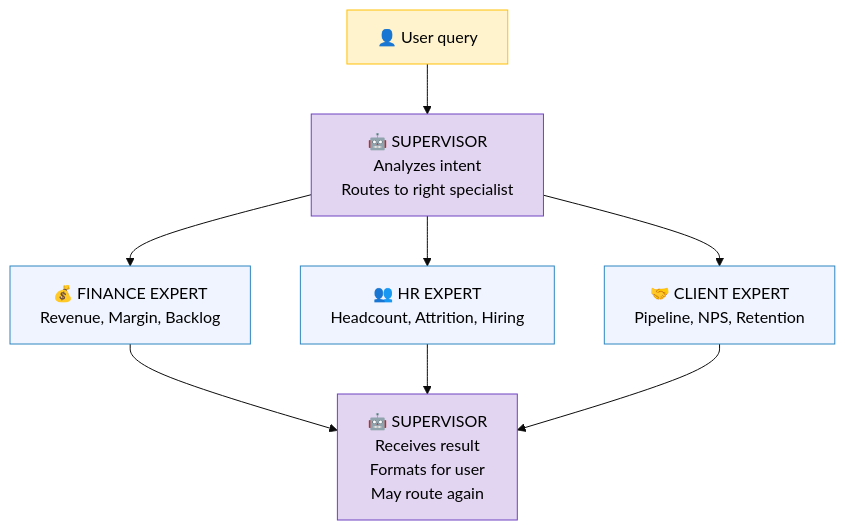
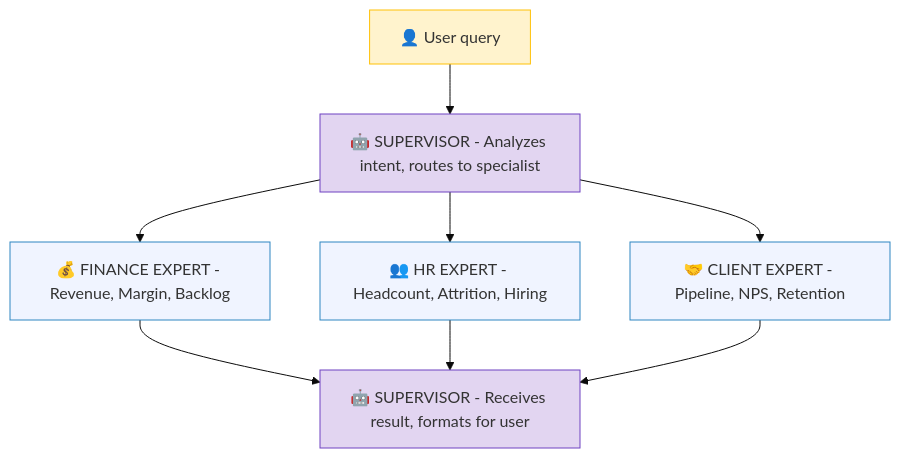
One commit to ithinktavo/GenAI-Engineering-Handbook changed the fourth of 8 diagrams in docs/09-orchestration-patterns.md. Above: the diagram before and after it, drawn with Mermaid (base theme). The commit also changed other lines of this file and 9 other files, not shown here.

First line of the commit message:
Fix Mermaid rendering: remove emoji from subgraph titles and unsupported syntax

````diff
--- a/docs/09-orchestration-patterns.md
+++ b/docs/09-orchestration-patterns.md
@@ -123,21 +123,21 @@
 ```mermaid
 graph TD
     User["👤 User query"] --> Sup1
-    Sup1["🤖 SUPERVISOR\nAnalyzes intent\nRoutes to right specialist"]
-    Fin["💰 FINANCE EXPERT\nRevenue, Margin, Backlog"]
-    HR["👥 HR EXPERT\nHeadcount, Attrition, Hiring"]
-    Client["🤝 CLIENT EXPERT\nPipeline, NPS, Retention"]
-    Sup2["🤖 SUPERVISOR\nReceives result\nFormats for user\nMay route again"]
+    Sup1["🤖 SUPERVISOR - Analyzes intent, routes to specialist"]
+    Fin["💰 FINANCE EXPERT - Revenue, Margin, Backlog"]
+    HR["👥 HR EXPERT - Headcount, Attrition, Hiring"]
+    Client["🤝 CLIENT EXPERT - Pipeline, NPS, Retention"]
+    Sup2["🤖 SUPERVISOR - Receives result, formats for user"]
 
     Sup1 --> Fin & HR & Client
     Fin --> Sup2
     HR --> Sup2
     Client --> Sup2
 
-    style User fill:#fff3cd,stroke:#ffc107,color:#000
-    style Sup1 fill:#e2d5f1,stroke:#6f42c1,color:#000
-    style Sup2 fill:#e2d5f1,stroke:#6f42c1,color:#000
-    style Fin fill:#f0f4ff,stroke:#2E86C1,color:#000
-    style HR fill:#f0f4ff,stroke:#2E86C1,color:#000
-    style Client fill:#f0f4ff,stroke:#2E86C1,color:#000
+    style User fill:#fff3cd,stroke:#ffc107
+    style Sup1 fill:#e2d5f1,stroke:#6f42c1
+    style Sup2 fill:#e2d5f1,stroke:#6f42c1
+    style Fin fill:#f0f4ff,stroke:#2E86C1
+    style HR fill:#f0f4ff,stroke:#2E86C1
+    style Client fill:#f0f4ff,stroke:#2E86C1
 ```
````
